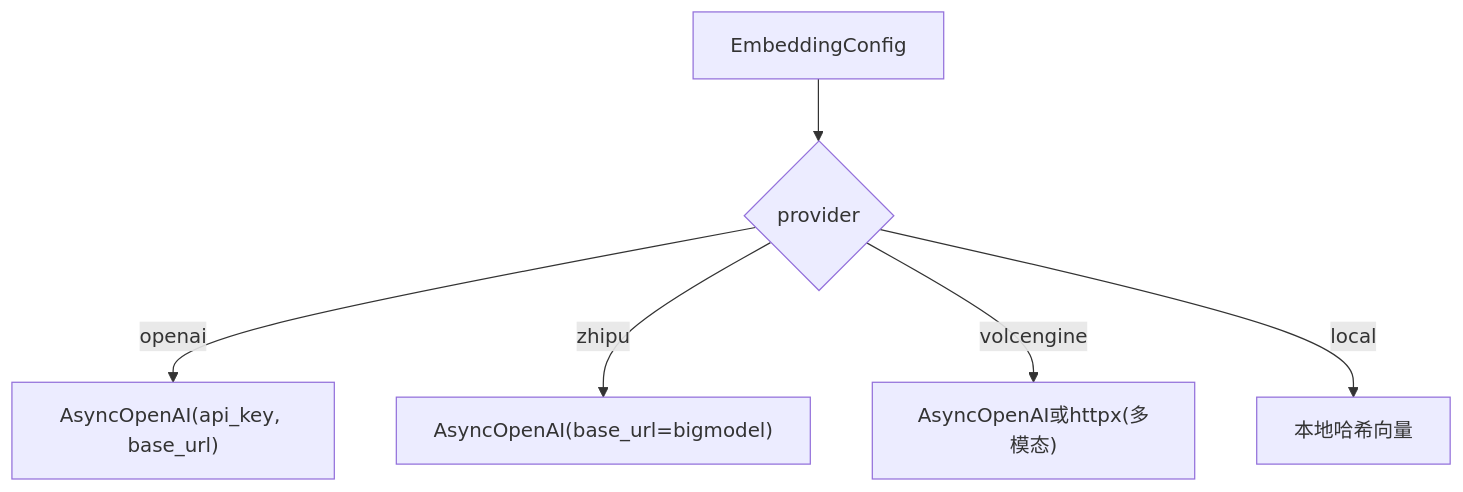
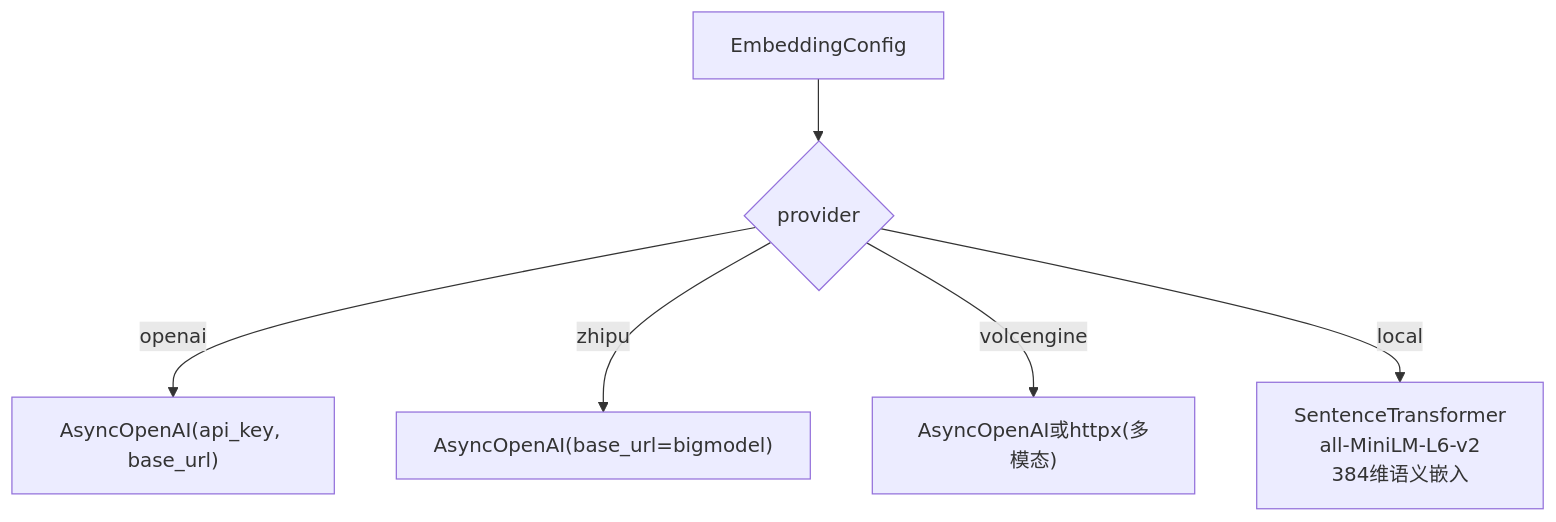
Before and after one commit to boyingliu01/fault-review-analyzer: the seventh of 7 diagrams in .qoder/repowiki/zh/content/核心架构/核心组件/嵌入向量生成器.md, drawn with Mermaid. The commit also changed other lines of this file and 125 other files, not shown here.

````diff
--- a/.qoder/repowiki/zh/content/核心架构/核心组件/嵌入向量生成器.md
+++ b/.qoder/repowiki/zh/content/核心架构/核心组件/嵌入向量生成器.md
@@ -385,8 +417,8 @@
 ```mermaid
 flowchart TD
 Cfg["EmbeddingConfig"] --> Prov{"provider"}
 Prov --> |openai| OA["AsyncOpenAI(api_key, base_url)"]
 Prov --> |zhipu| ZP["AsyncOpenAI(base_url=bigmodel)"]
 Prov --> |volcengine| VE["AsyncOpenAI或httpx(多模态)"]
-Prov --> |local| LC["本地哈希向量"]
+Prov --> |local| ST["SentenceTransformer<br/>all-MiniLM-L6-v2<br/>384维语义嵌入"]
 ```
````
